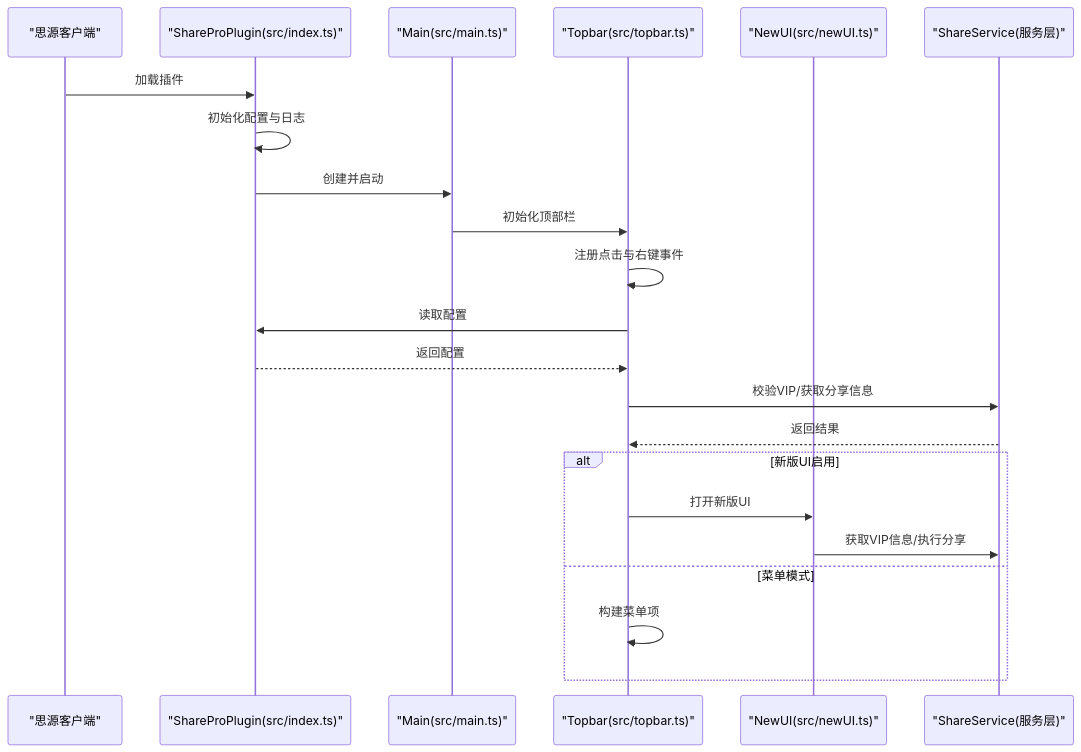
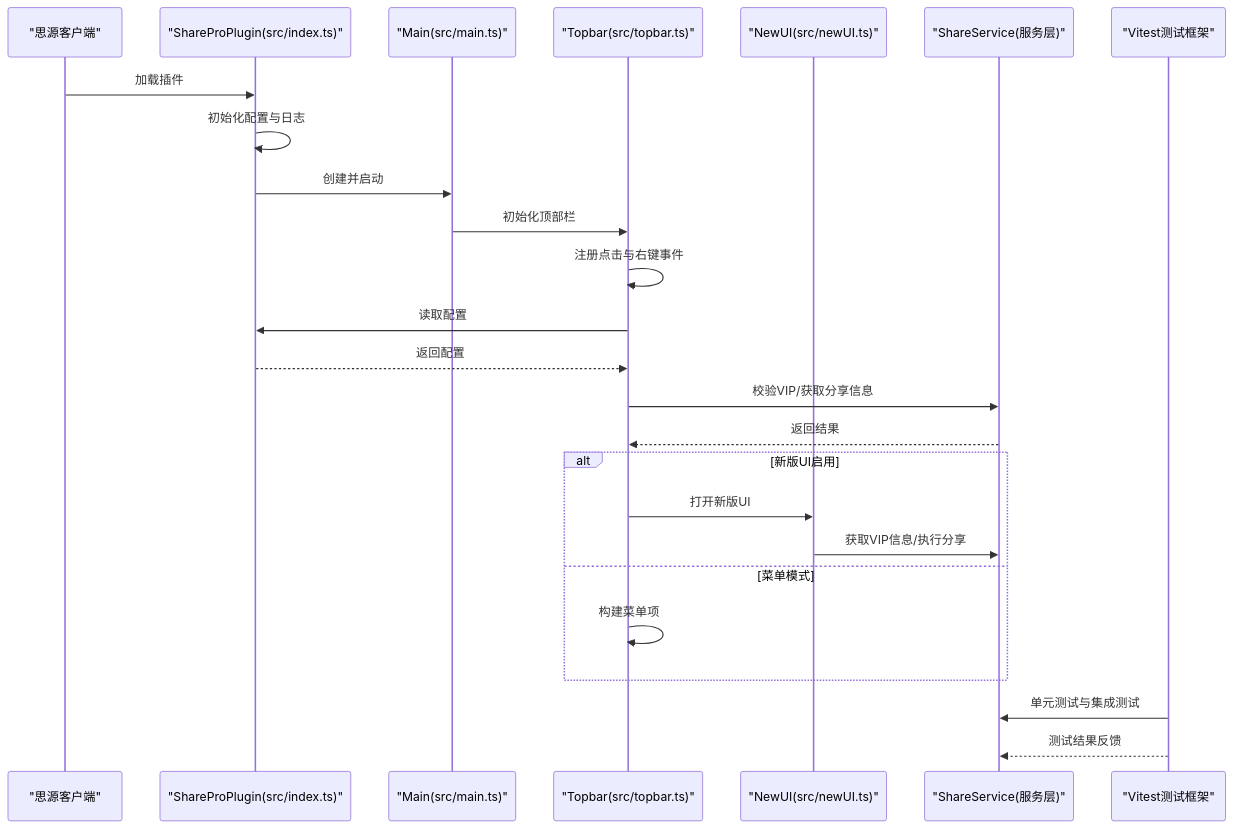
Before and after one commit to terwerinc/siyuan-plugin-share-pro: the second of 5 diagrams in .qoder/repowiki/zh/content/开发指南/开发指南.md, drawn with Mermaid. The commit also changed other lines of this file and 6 other files, not shown here.

````diff
--- a/.qoder/repowiki/zh/content/开发指南/开发指南.md
+++ b/.qoder/repowiki/zh/content/开发指南/开发指南.md
@@ -88,24 +98,27 @@
 ```mermaid
 sequenceDiagram
 participant App as "思源客户端"
 participant Plugin as "ShareProPlugin(src/index.ts)"
 participant Main as "Main(src/main.ts)"
 participant Topbar as "Topbar(src/topbar.ts)"
 participant NewUI as "NewUI(src/newUI.ts)"
 participant Service as "ShareService(服务层)"
+participant Test as "Vitest测试框架"
 App->>Plugin : 加载插件
 Plugin->>Plugin : 初始化配置与日志
 Plugin->>Main : 创建并启动
 Main->>Topbar : 初始化顶部栏
 Topbar->>Topbar : 注册点击与右键事件
 Topbar->>Plugin : 读取配置
 Plugin-->>Topbar : 返回配置
 Topbar->>Service : 校验VIP/获取分享信息
 Service-->>Topbar : 返回结果
 alt 新版UI启用
 Topbar->>NewUI : 打开新版UI
 NewUI->>Service : 获取VIP信息/执行分享
 else 菜单模式
 Topbar->>Topbar : 构建菜单项
 end
+Test->>Service : 单元测试与集成测试
+Test-->>Service : 测试结果反馈
 ```
````
